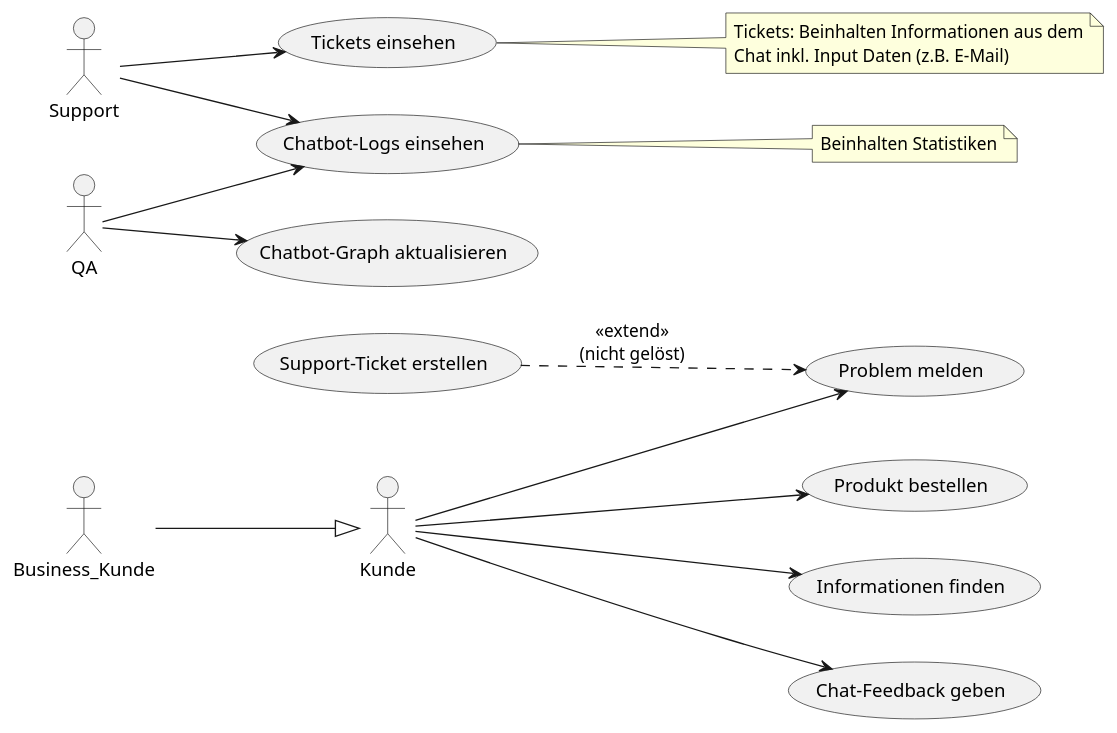
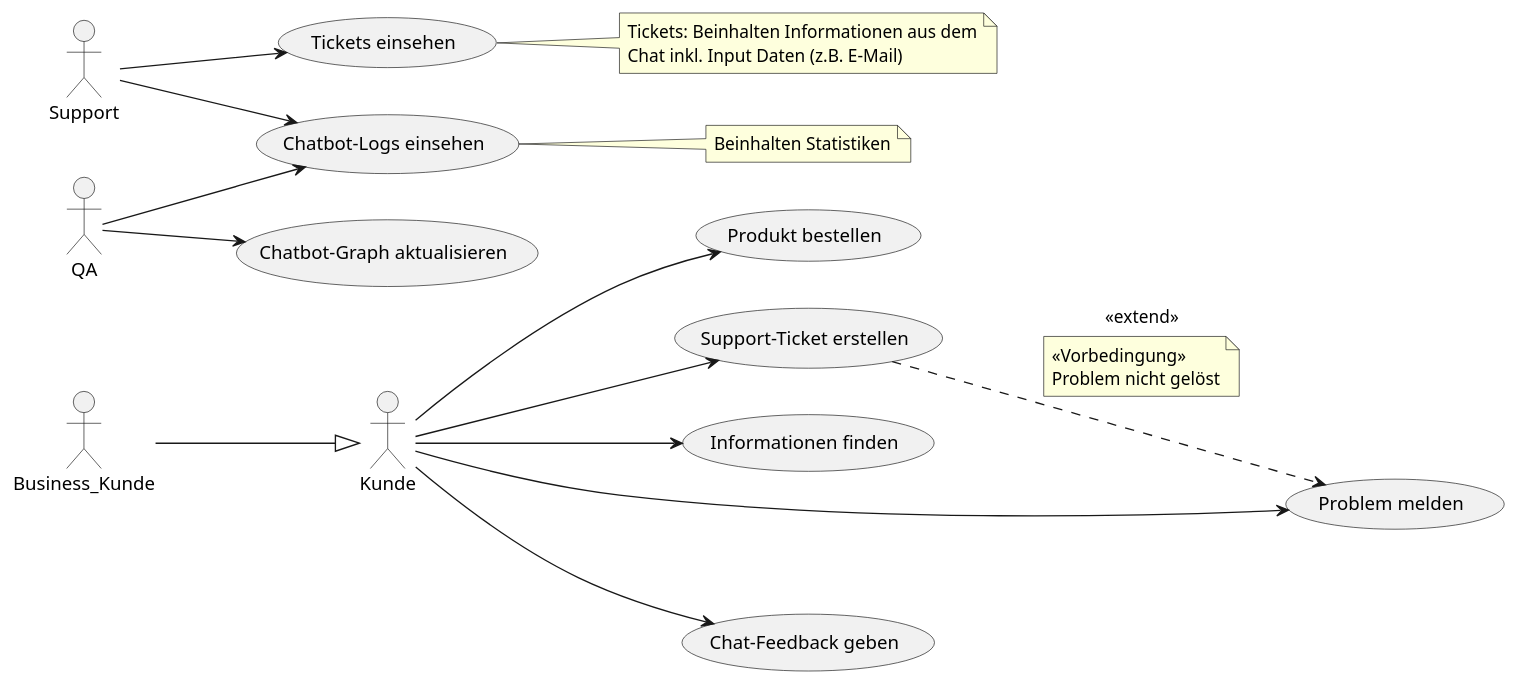
The diagram in docs/use_case.puml (joshuanoeldeke/bh3_chatbot), drawn with PlantUML before and after one commit.

Commit message:
docs(uml): improve pre-conditions for use-case diagram

```diff
--- a/docs/use_case.puml
+++ b/docs/use_case.puml
@@ -1,46 +1,51 @@
 @startuml
 left to right direction
 skinparam packageStyle rectangle
 
 actor Kunde as c
 actor Business_Kunde as bc
 bc --|> c
 
 actor Support as s
 actor QA as qa
 
 usecase "Produkt bestellen" as pb
 usecase "Support-Ticket erstellen" as ticket
 usecase "Informationen finden" as info
 usecase "Problem melden" as pm
 usecase "Chatbot-Logs einsehen" as logs
 usecase "Tickets einsehen" as readticket
 usecase "Chatbot-Graph aktualisieren" as cga
 usecase "Chat-Feedback geben" as cfg
 
 ' Use Case Erweiterungen
-ticket ..> pm : <<extend>>\n(nicht gelöst)
+ticket ..> pm : <<extend>>
+note on link
+  <<Vorbedingung>>
+  Problem nicht gelöst
+end note
 
 ' Notizen
 note right of logs
     Beinhalten Statistiken
 endnote
 note right of readticket
     Tickets: Beinhalten Informationen aus dem
     Chat inkl. Input Daten (z.B. E-Mail)
 endnote
 
 ' Verbindungen: Kunde
 c --> pb
 c --> pm
+c --> ticket
 c --> cfg
 c --> info
 
 ' Verbindungen: Support
 s --> logs
 s --> readticket
 
 ' Verbindungen: QA
 qa --> logs
 qa --> cga
 @enduml
```
